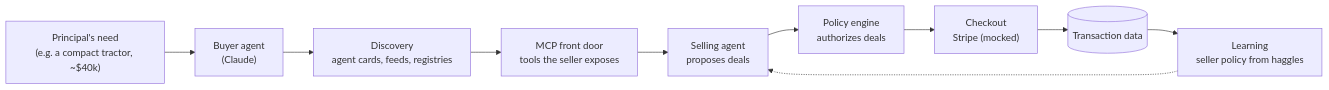
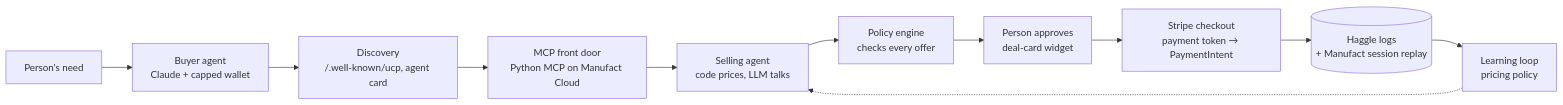
The diagram in docs/ARCHITECTURE.md (vivandoshi08/sell2agent), drawn with Mermaid before and after one commit. The commit also changed other lines of this file and 1 other file, not shown here.

First line of the commit message:
Architecture: current decisions, evidence, and change log

````diff
--- a/docs/ARCHITECTURE.md
+++ b/docs/ARCHITECTURE.md
@@ -7,12 +7,13 @@
 ```mermaid
 flowchart LR
-  N["Principal's need<br/>(e.g. a compact tractor, ~$40k)"] --> B["Buyer agent<br/>(Claude)"]
-  B --> D["Discovery<br/>agent cards, feeds, registries"]
-  D --> F["MCP front door<br/>tools the seller exposes"]
-  F --> S["Selling agent<br/>proposes deals"]
-  S --> P["Policy engine<br/>authorizes deals"]
-  P --> X["Checkout<br/>Stripe (mocked)"]
-  X --> L[("Transaction data")]
-  L --> R["Learning<br/>seller policy from haggles"]
+  N["Person's need"] --> B["Buyer agent<br/>Claude + capped wallet"]
+  B --> D["Discovery<br/>/.well-known/ucp, agent card"]
+  D --> F["MCP front door<br/>Python MCP on Manufact Cloud"]
+  F --> S["Selling agent<br/>code prices, LLM talks"]
+  S --> P["Policy engine<br/>checks every offer"]
+  P --> H["Person approves<br/>deal-card widget"]
+  H --> X["Stripe checkout<br/>payment token → PaymentIntent"]
+  X --> L[("Haggle logs<br/>+ Manufact session replay")]
+  L --> R["Learning loop<br/>pricing policy"]
   R -.-> S
 ```
````
